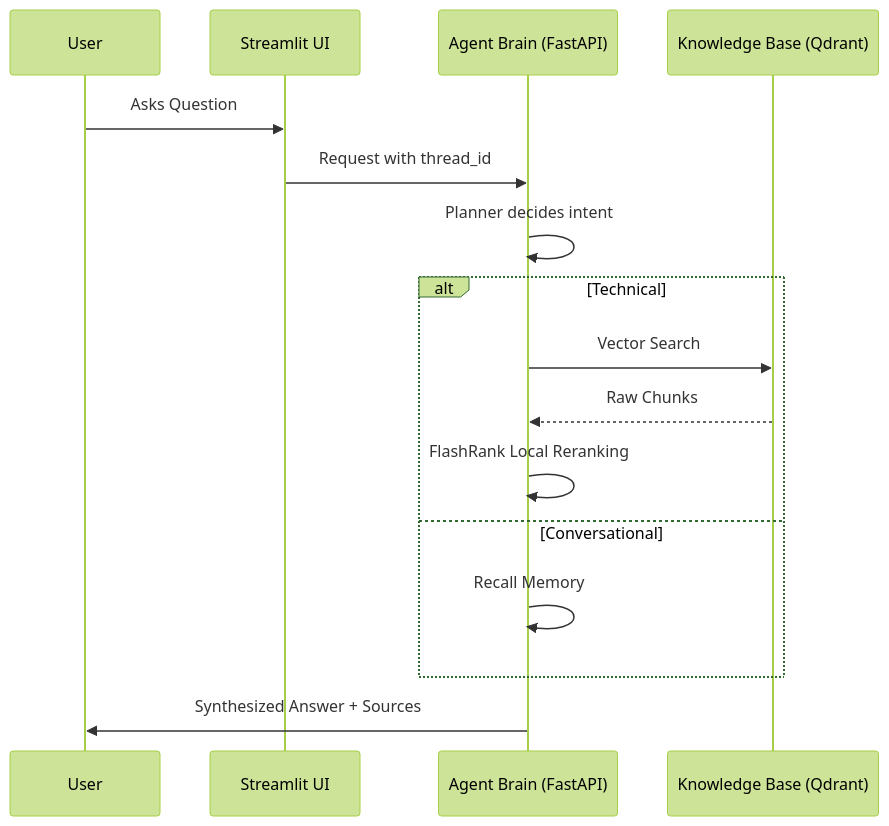
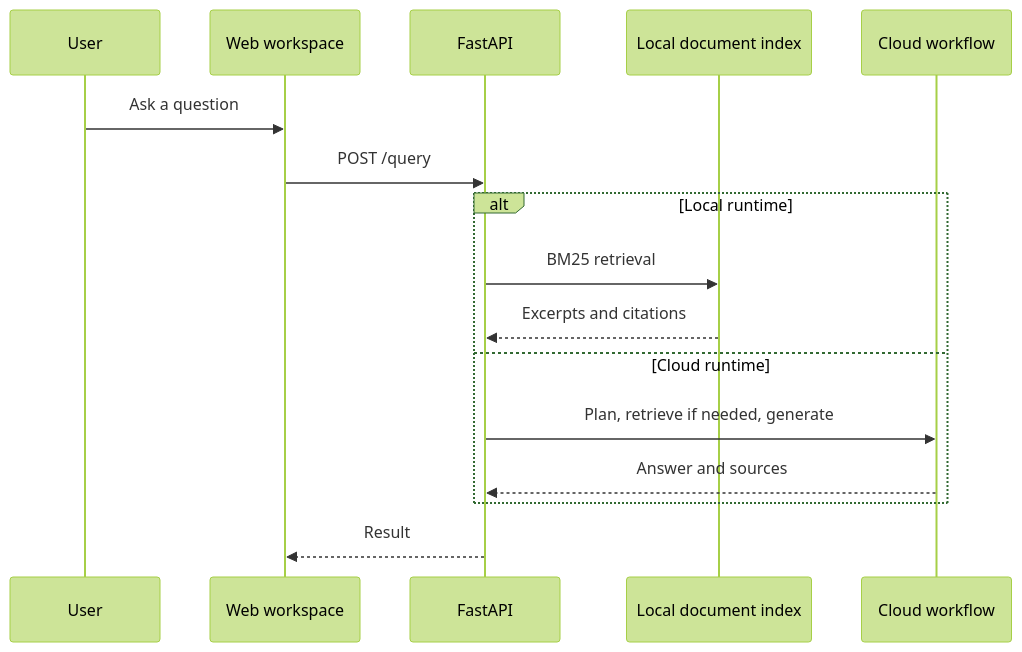
The diagram in docs/system_overview.md (DemonJ01/ContextForge-RAG), drawn with Mermaid (forest theme) before and after one commit. The commit also changed other lines of this file and 25 other files, not shown here.

````diff
--- a/docs/system_overview.md
+++ b/docs/system_overview.md
@@ -17,19 +13,18 @@
 ```mermaid
 sequenceDiagram
     participant User
-    participant UI as Streamlit UI
-    participant Agent as Agent Brain (FastAPI)
-    participant Data as Knowledge Base (Qdrant)
-
-    User->>UI: Asks Question
-    UI->>Agent: Request with thread_id
-    Agent->>Agent: Planner decides intent
-    alt Technical
-        Agent->>Data: Vector Search
-        Data-->>Agent: Raw Chunks
-        Agent->>Agent: FlashRank Local Reranking
-    else Conversational
-        Agent->>Agent: Recall Memory
+    participant UI as Web workspace
+    participant API as FastAPI
+    participant Local as Local document index
+    participant Cloud as Cloud workflow
+    User->>UI: Ask a question
+    UI->>API: POST /query
+    alt Local runtime
+        API->>Local: BM25 retrieval
+        Local-->>API: Excerpts and citations
+    else Cloud runtime
+        API->>Cloud: Plan, retrieve if needed, generate
+        Cloud-->>API: Answer and sources
     end
-    Agent->>User: Synthesized Answer + Sources
+    API-->>UI: Result
 ```
````
